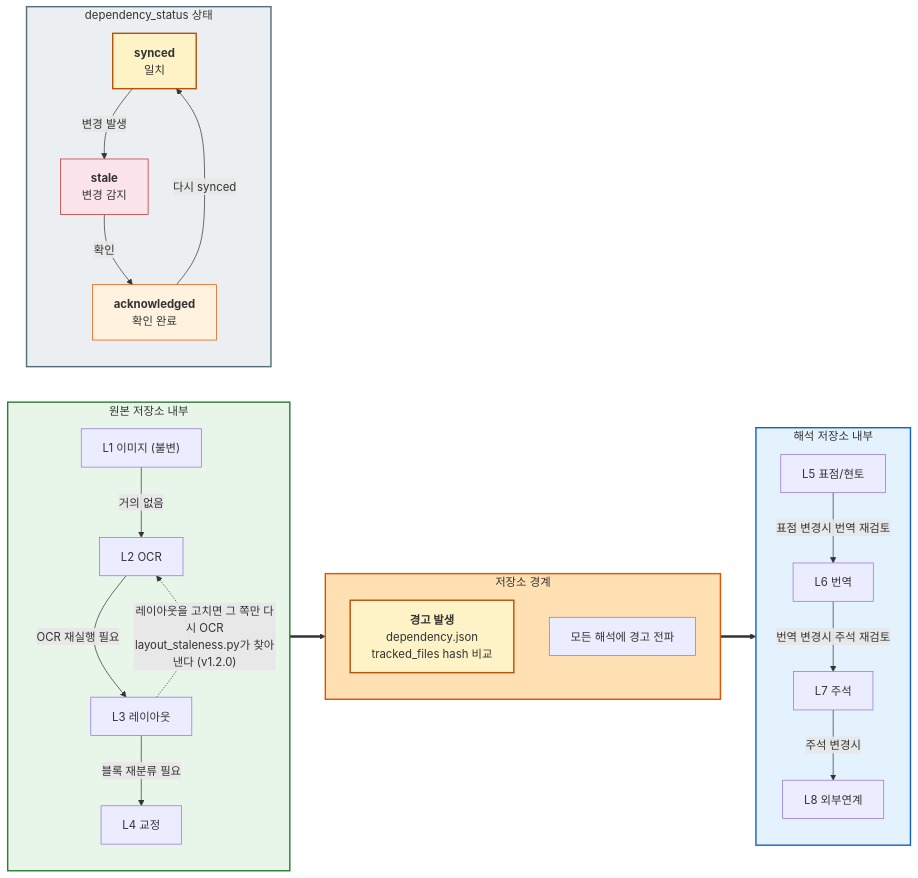
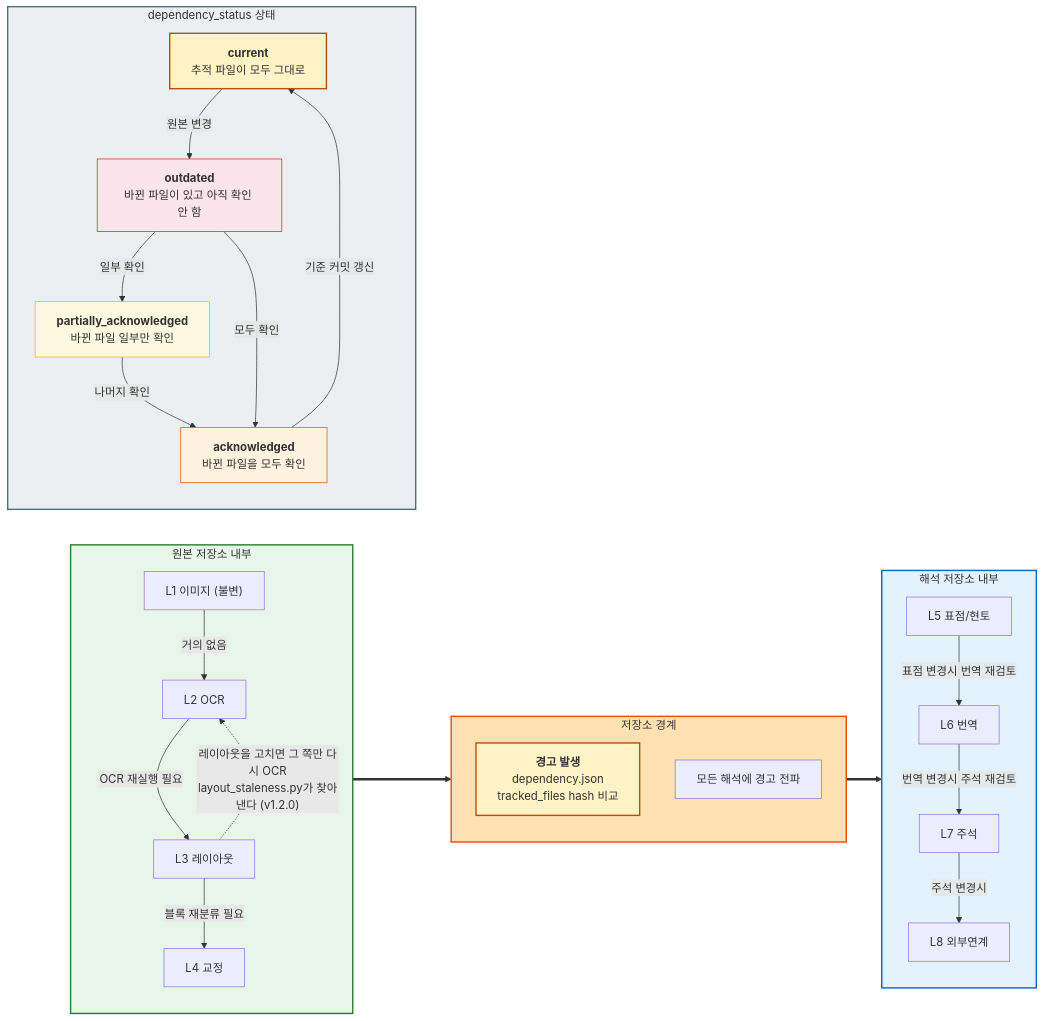
One commit to hw725/classical-text-browser changed the tenth of 14 diagrams in docs/architecture-diagrams.md. Above: the diagram before and after it, drawn with Mermaid. The commit also changed other lines of this file and 98 other files, not shown here.

````diff
--- a/docs/architecture-diagrams.md
+++ b/docs/architecture-diagrams.md
@@ -872,52 +877,56 @@
 ```mermaid
 flowchart LR
     subgraph SRC_DEP["원본 저장소 내부"]
         direction TB
         D_L1["L1 이미지 (불변)"]
         D_L2["L2 OCR"]
         D_L3["L3 레이아웃"]
         D_L4["L4 교정"]
         D_L1 -->|"거의 없음"| D_L2
         D_L2 -->|"OCR 재실행 필요"| D_L3
         D_L3 -->|"블록 재분류 필요"| D_L4
         D_L3 -.->|"레이아웃을 고치면 그 쪽만 다시 OCR<br/>layout_staleness.py가 찾아낸다 (v1.2.0)"| D_L2
     end
 
     subgraph BOUNDARY_DEP["저장소 경계"]
         direction TB
         BD["<b>경고 발생</b><br/>dependency.json<br/>tracked_files hash 비교"]
         BD_NOTE["모든 해석에 경고 전파"]
     end
 
     subgraph INT_DEP["해석 저장소 내부"]
         direction TB
         I_L5["L5 표점/현토"]
         I_L6["L6 번역"]
         I_L7["L7 주석"]
         I_L8["L8 외부연계"]
         I_L5 -->|"표점 변경시 번역 재검토"| I_L6
         I_L6 -->|"번역 변경시 주석 재검토"| I_L7
         I_L7 -->|"주석 변경시"| I_L8
     end
 
     subgraph STATUS["dependency_status 상태"]
         direction TB
-        ST_SYNC["<b>synced</b><br/>일치"]
-        ST_STALE["<b>stale</b><br/>변경 감지"]
-        ST_ACK["<b>acknowledged</b><br/>확인 완료"]
-        ST_SYNC -->|"변경 발생"| ST_STALE
-        ST_STALE -->|"확인"| ST_ACK
-        ST_ACK -->|"다시 synced"| ST_SYNC
+        ST_SYNC["<b>current</b><br/>추적 파일이 모두 그대로"]
+        ST_STALE["<b>outdated</b><br/>바뀐 파일이 있고 아직 확인 안 함"]
+        ST_PART["<b>partially_acknowledged</b><br/>바뀐 파일 일부만 확인"]
+        ST_ACK["<b>acknowledged</b><br/>바뀐 파일을 모두 확인"]
+        ST_SYNC -->|"원본 변경"| ST_STALE
+        ST_STALE -->|"일부 확인"| ST_PART
+        ST_PART -->|"나머지 확인"| ST_ACK
+        ST_STALE -->|"모두 확인"| ST_ACK
+        ST_ACK -->|"기준 커밋 갱신"| ST_SYNC
     end
 
     SRC_DEP ==> BOUNDARY_DEP ==> INT_DEP
 
     style SRC_DEP fill:#e8f5e9,stroke:#2e7d32,stroke-width:2px
     style BOUNDARY_DEP fill:#ffe0b2,stroke:#e65100,stroke-width:2px
     style BD fill:#fef3c7,stroke:#b45309,stroke-width:2px
     style INT_DEP fill:#e3f2fd,stroke:#1565c0,stroke-width:2px
     style STATUS fill:#eceff1,stroke:#546e7a,stroke-width:2px
     style ST_SYNC fill:#fef3c7,stroke:#b45309,stroke-width:2px
     style ST_STALE fill:#fce4ec,stroke:#c62828
+    style ST_PART fill:#fff8e1,stroke:#f9a825
     style ST_ACK fill:#fff3e0,stroke:#e65100
 ```
````
